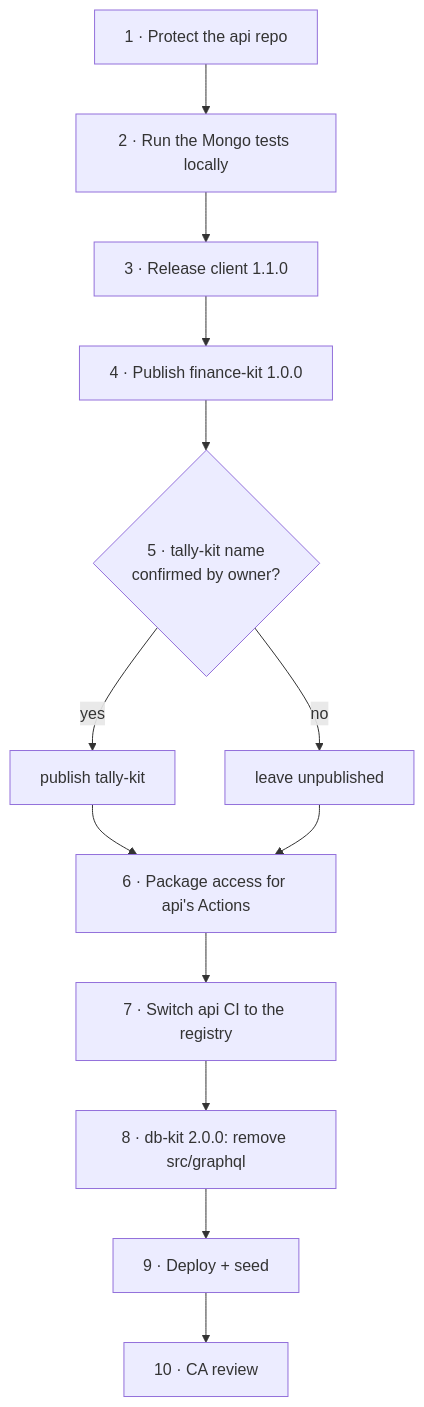
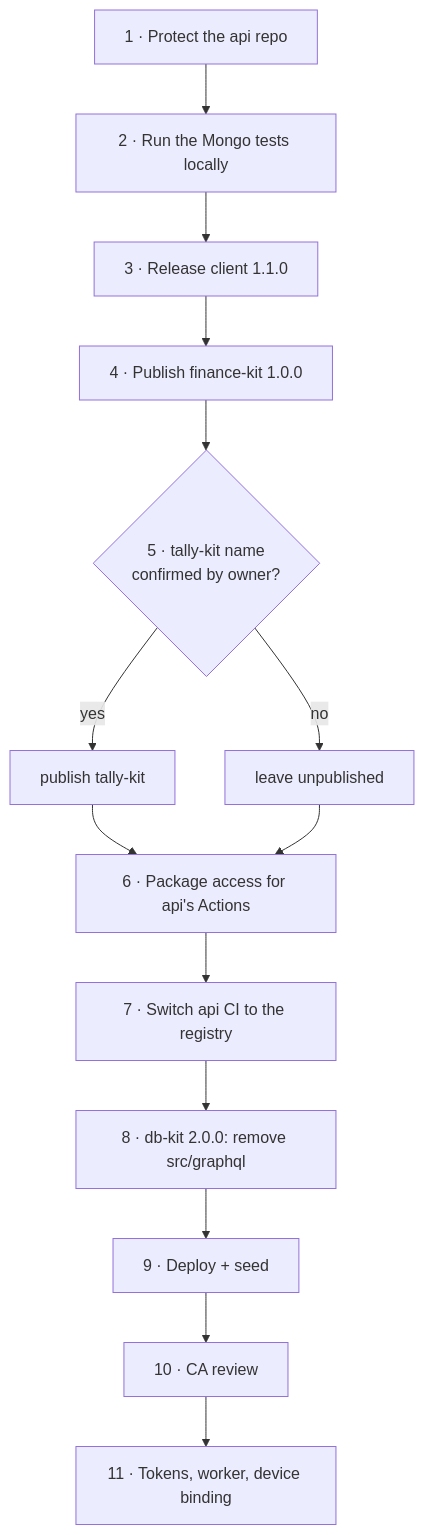
The diagram in docs/LOCAL-AGENT-BRIEF.md (mgpl-diagnostics/api), drawn with Mermaid before and after one commit. The commit also changed other lines of this file and 40 other files, not shown here.

First line of the commit message:
feat: access + refresh tokens, device binding, worker on Redis + BullMQ (#4)

````diff
--- a/docs/LOCAL-AGENT-BRIEF.md
+++ b/docs/LOCAL-AGENT-BRIEF.md
@@ -11,14 +11,15 @@
 ```mermaid
 flowchart TD
   A["1 · Protect the api repo"] --> B["2 · Run the Mongo tests locally"]
   B --> C["3 · Release client 1.1.0"]
   C --> D["4 · Publish finance-kit 1.0.0"]
   D --> E{"5 · tally-kit name<br/>confirmed by owner?"}
   E -- yes --> F["publish tally-kit"]
   E -- no --> G["leave unpublished"]
   F & G --> H["6 · Package access for api's Actions"]
   H --> I["7 · Switch api CI to the registry"]
   I --> J["8 · db-kit 2.0.0: remove src/graphql"]
   J --> K["9 · Deploy + seed"]
   K --> L["10 · CA review"]
+  L --> M["11 · Tokens, worker, device binding"]
 ```
````
